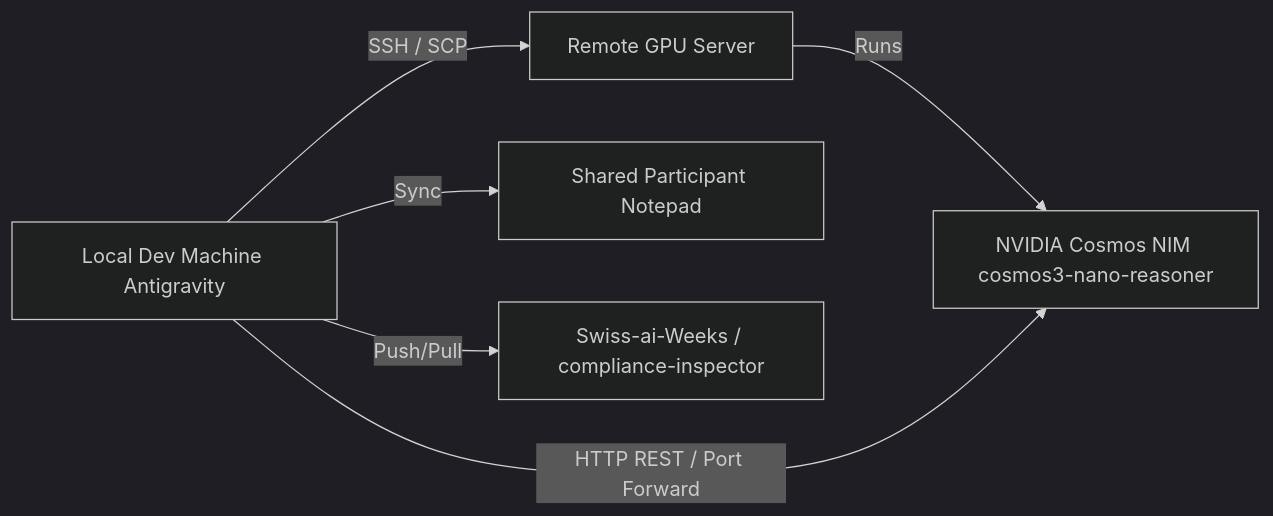
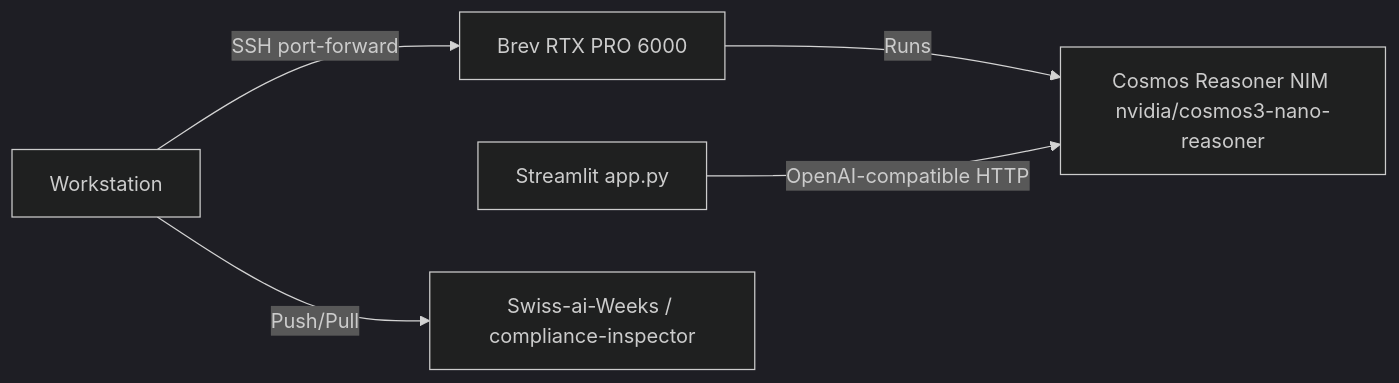
The diagram in aidd_docs/memory/deployment.md (Swiss-ai-Weeks/compliance-inspector), drawn with Mermaid (dark theme) before and after one commit. The commit also changed other lines of this file and 2 other files, not shown here.

First line of the commit message:
docs(deploy): add Brev RTX PRO 6000 NIM deployment runbook

````diff
--- a/aidd_docs/memory/deployment.md
+++ b/aidd_docs/memory/deployment.md
@@ -5,8 +5,7 @@
 ```mermaid
 flowchart LR
-  Dev[Local Dev Machine Antigravity] -- SSH / SCP --> GPU[Remote GPU Server]
-  GPU -- Runs --> NIM[NVIDIA Cosmos NIM cosmos3-nano-reasoner]
-  Dev -- HTTP REST / Port Forward --> NIM
-  Dev -- Sync --> Notepad[Shared Participant Notepad]
+  Dev[Workstation] -- SSH port-forward --> GPU[Brev RTX PRO 6000]
+  GPU -- Runs --> NIM[Cosmos Reasoner NIM nvidia/cosmos3-nano-reasoner]
+  App[Streamlit app.py] -- OpenAI-compatible HTTP --> NIM
   Dev -- Push/Pull --> Repo[Swiss-ai-Weeks / compliance-inspector]
 ```
````
